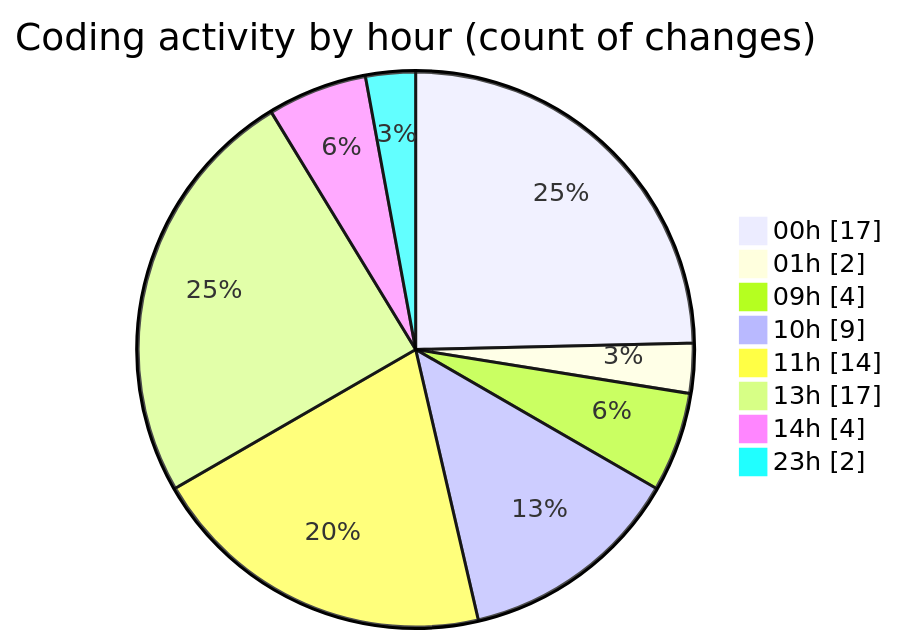
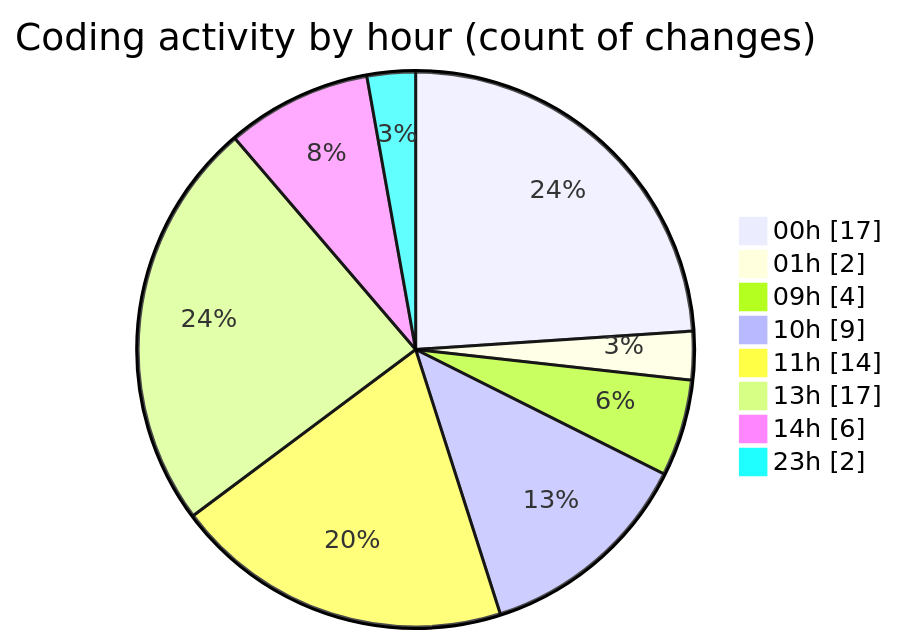
One commit to julien-gomy/code-tracking changed the second of 2 diagrams in 2025-10-29/eventscop-frontend-guide__workspace_/README.md. Above: the diagram before and after it, drawn with Mermaid. The commit also changed other lines of this file and 1 other file, not shown here.

````diff
--- a/2025-10-29/eventscop-frontend-guide__workspace_/README.md
+++ b/2025-10-29/eventscop-frontend-guide__workspace_/README.md
@@ -45,12 +46,12 @@
 ```mermaid
 pie showData
 title Coding activity by hour (count of changes)
 "00h" : 17
 "01h" : 2
 "09h" : 4
 "10h" : 9
 "11h" : 14
 "13h" : 17
-"14h" : 4
+"14h" : 6
 "23h" : 2
 ```
````
